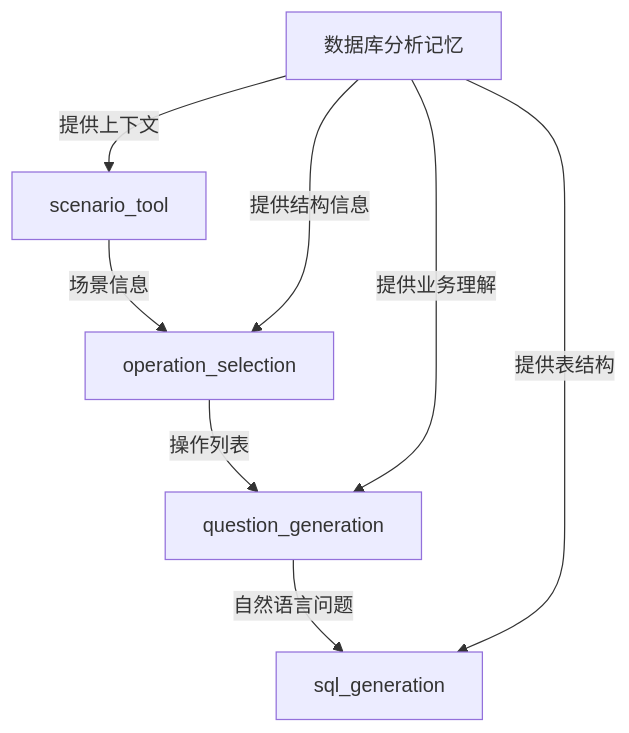
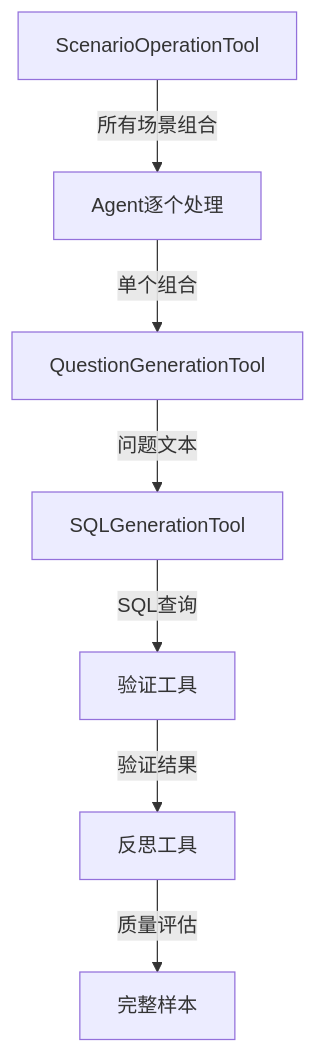
Before and after one commit to lizhenping/SemanticSQL-Agent: the diagram in semanticsql-agent/.doc/API文档/tools模块/生成工具.md, drawn with Mermaid. The commit also changed other lines of this file and 37 other files, not shown here.

````diff
--- a/semanticsql-agent/.doc/API文档/tools模块/生成工具.md
+++ b/semanticsql-agent/.doc/API文档/tools模块/生成工具.md
@@ -266,11 +183,9 @@
 ```mermaid
 graph TD
-    A[scenario_tool] -->|场景信息| B[operation_selection]
-    B -->|操作列表| C[question_generation]
-    C -->|自然语言问题| D[sql_generation]
-    
-    E[数据库分析记忆] -->|提供上下文| A
-    E -->|提供结构信息| B
-    E -->|提供业务理解| C
-    E -->|提供表结构| D
+    A[ScenarioOperationTool] -->|所有场景组合| B[Agent逐个处理]
+    B -->|单个组合| C[QuestionGenerationTool]
+    C -->|问题文本| D[SQLGenerationTool]
+    D -->|SQL查询| E[验证工具]
+    E -->|验证结果| F[反思工具]
+    F -->|质量评估| G[完整样本]
 ```
````
